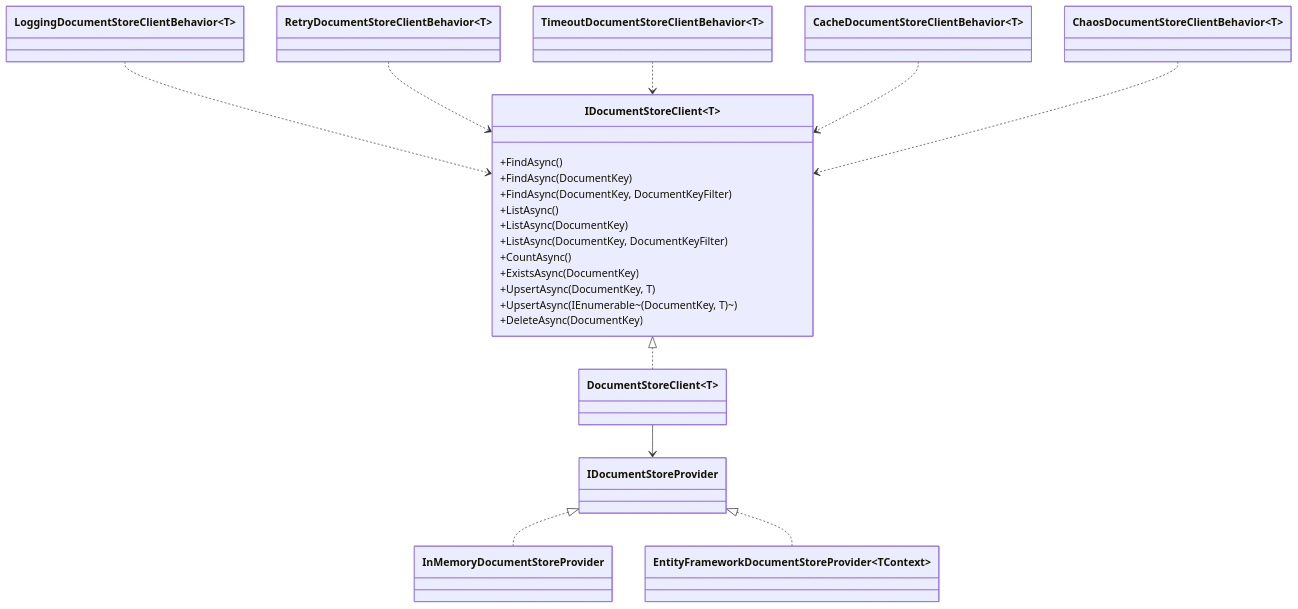
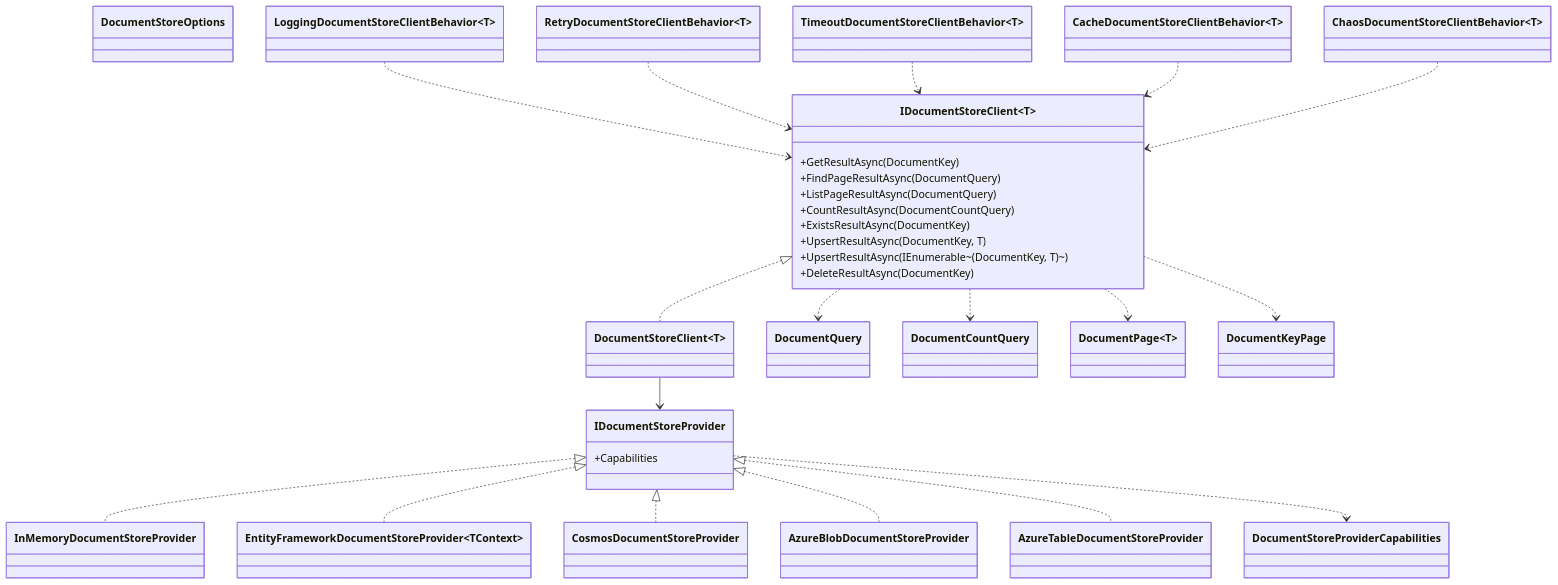
The first of 3 diagrams in docs/features-storage-documents.md (BridgingIT-GmbH/bITdevKit), drawn with Mermaid before and after one commit. The commit also changed other lines of this file and 106 other files, not shown here.

First line of the commit message:
Refactor document storage paging and query pipeline (#25)

````diff
--- a/docs/features-storage-documents.md
+++ b/docs/features-storage-documents.md
@@ -39,36 +46,52 @@
 ```mermaid
 classDiagram
   class IDocumentStoreClient~T~ {
-    +FindAsync()
-    +FindAsync(DocumentKey)
-    +FindAsync(DocumentKey, DocumentKeyFilter)
-    +ListAsync()
-    +ListAsync(DocumentKey)
-    +ListAsync(DocumentKey, DocumentKeyFilter)
-    +CountAsync()
-    +ExistsAsync(DocumentKey)
-    +UpsertAsync(DocumentKey, T)
-    +UpsertAsync(IEnumerable~(DocumentKey, T)~)
-    +DeleteAsync(DocumentKey)
+    +GetResultAsync(DocumentKey)
+    +FindPageResultAsync(DocumentQuery)
+    +ListPageResultAsync(DocumentQuery)
+    +CountResultAsync(DocumentCountQuery)
+    +ExistsResultAsync(DocumentKey)
+    +UpsertResultAsync(DocumentKey, T)
+    +UpsertResultAsync(IEnumerable~(DocumentKey, T)~)
+    +DeleteResultAsync(DocumentKey)
   }
 
   class DocumentStoreClient~T~
-  class IDocumentStoreProvider
+  class IDocumentStoreProvider {
+    +Capabilities
+  }
+  class DocumentQuery
+  class DocumentCountQuery
+  class DocumentPage~T~
+  class DocumentKeyPage
+  class DocumentStoreOptions
+  class DocumentStoreProviderCapabilities
   class InMemoryDocumentStoreProvider
   class EntityFrameworkDocumentStoreProvider~TContext~
+  class CosmosDocumentStoreProvider
+  class AzureBlobDocumentStoreProvider
+  class AzureTableDocumentStoreProvider
   class LoggingDocumentStoreClientBehavior~T~
   class RetryDocumentStoreClientBehavior~T~
   class TimeoutDocumentStoreClientBehavior~T~
   class CacheDocumentStoreClientBehavior~T~
   class ChaosDocumentStoreClientBehavior~T~
 
   IDocumentStoreClient~T~ <|.. DocumentStoreClient~T~
   IDocumentStoreProvider <|.. InMemoryDocumentStoreProvider
   IDocumentStoreProvider <|.. EntityFrameworkDocumentStoreProvider~TContext~
+  IDocumentStoreProvider <|.. CosmosDocumentStoreProvider
+  IDocumentStoreProvider <|.. AzureBlobDocumentStoreProvider
+  IDocumentStoreProvider <|.. AzureTableDocumentStoreProvider
   DocumentStoreClient~T~ --> IDocumentStoreProvider
+  IDocumentStoreClient~T~ ..> DocumentQuery
+  IDocumentStoreClient~T~ ..> DocumentCountQuery
+  IDocumentStoreClient~T~ ..> DocumentPage~T~
+  IDocumentStoreClient~T~ ..> DocumentKeyPage
+  IDocumentStoreProvider ..> DocumentStoreProviderCapabilities
   LoggingDocumentStoreClientBehavior~T~ ..> IDocumentStoreClient~T~
   RetryDocumentStoreClientBehavior~T~ ..> IDocumentStoreClient~T~
   TimeoutDocumentStoreClientBehavior~T~ ..> IDocumentStoreClient~T~
   CacheDocumentStoreClientBehavior~T~ ..> IDocumentStoreClient~T~
   ChaosDocumentStoreClientBehavior~T~ ..> IDocumentStoreClient~T~
 ```
````
